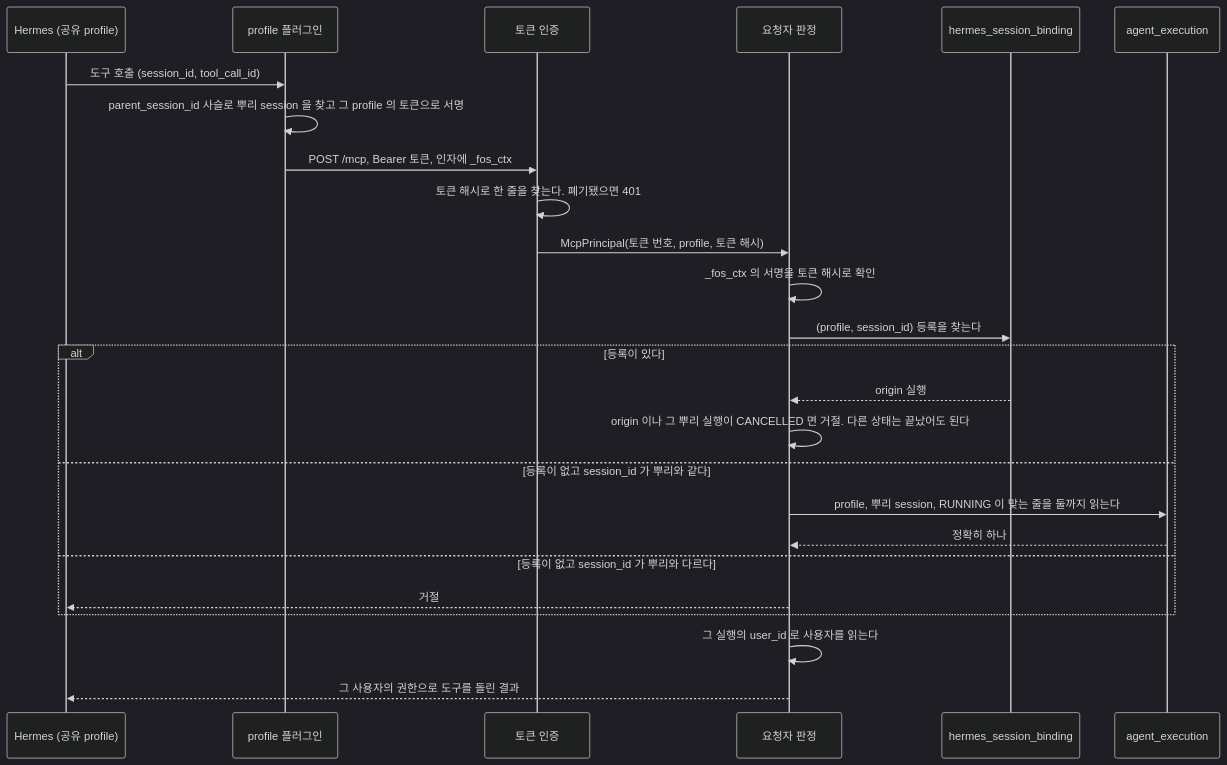
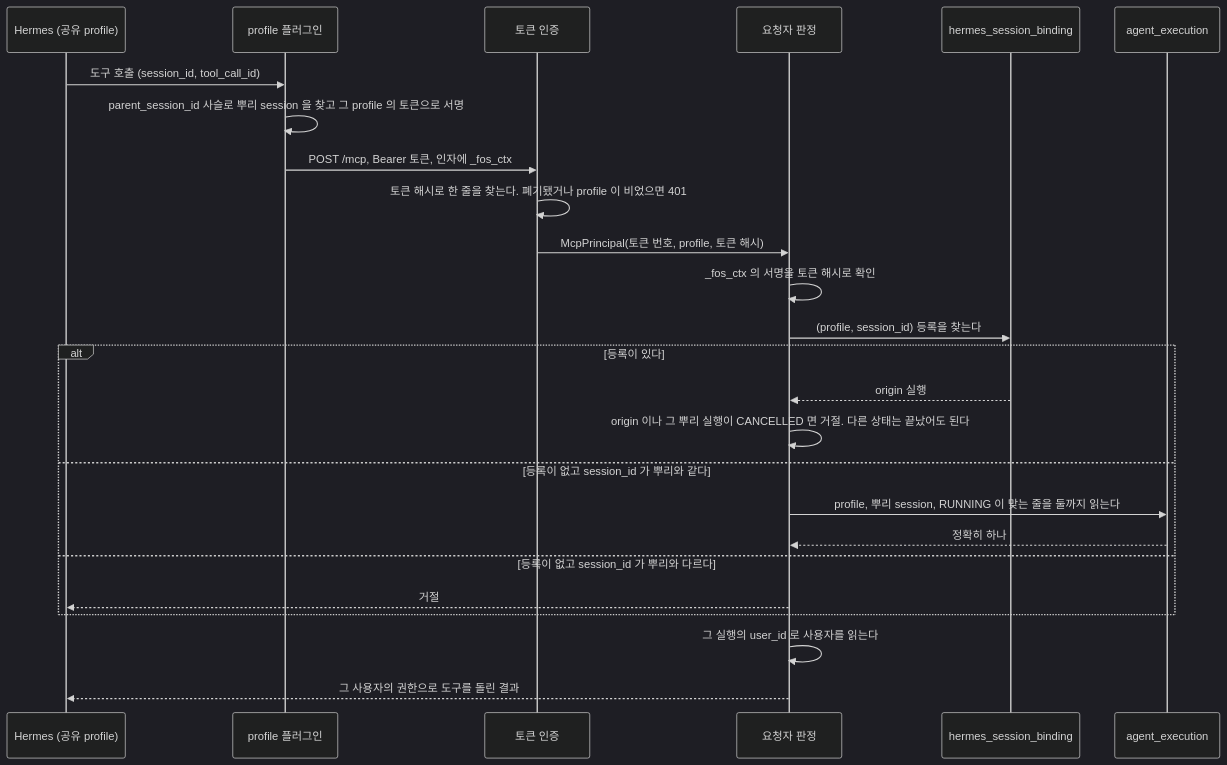
The second of 26 diagrams in docs/flow.md (jon890/fos-assistant), drawn with Mermaid (dark theme) before and after one commit. The commit also changed 2 other files, not shown here.

Commit message:
fix(backend): 검토 반영으로 V35 실패 안내와 옛 토큰 이행 기록을 바로잡는다
검토 반영 커밋이다.

- V35 가 실패할 때 이 판에서 할 수 있는 조치만 안내한다. 묶는 API 가 사라져
  폐기하거나 이전 판에서 묶어야 하고, 실패한 V35 기록을 정리해야 다시 뜬다
- ADR-032 「옛 토큰에서 옮겨 가는 길」 을 끝난 이행 기록으로 적는다
- flow.md 토큰 인증 단계에 profile 이 빈 토큰도 401 임을 적는다

````diff
--- a/docs/flow.md
+++ b/docs/flow.md
@@ -61,28 +61,28 @@
 ```mermaid
 sequenceDiagram
     participant H as Hermes (공유 profile)
     participant P as profile 플러그인
     participant F as 토큰 인증
     participant R as 요청자 판정
     participant B as hermes_session_binding
     participant E as agent_execution
 
     H->>P: 도구 호출 (session_id, tool_call_id)
     P->>P: parent_session_id 사슬로 뿌리 session 을 찾고 그 profile 의 토큰으로 서명
     P->>F: POST /mcp, Bearer 토큰, 인자에 _fos_ctx
-    F->>F: 토큰 해시로 한 줄을 찾는다. 폐기됐으면 401
+    F->>F: 토큰 해시로 한 줄을 찾는다. 폐기됐거나 profile 이 비었으면 401
     F->>R: McpPrincipal(토큰 번호, profile, 토큰 해시)
     R->>R: _fos_ctx 의 서명을 토큰 해시로 확인
     R->>B: (profile, session_id) 등록을 찾는다
     alt 등록이 있다
         B-->>R: origin 실행
         R->>R: origin 이나 그 뿌리 실행이 CANCELLED 면 거절. 다른 상태는 끝났어도 된다
     else 등록이 없고 session_id 가 뿌리와 같다
         R->>E: profile, 뿌리 session, RUNNING 이 맞는 줄을 둘까지 읽는다
         E-->>R: 정확히 하나
     else 등록이 없고 session_id 가 뿌리와 다르다
         R-->>H: 거절
     end
     R->>R: 그 실행의 user_id 로 사용자를 읽는다
     R-->>H: 그 사용자의 권한으로 도구를 돌린 결과
 ```
````
